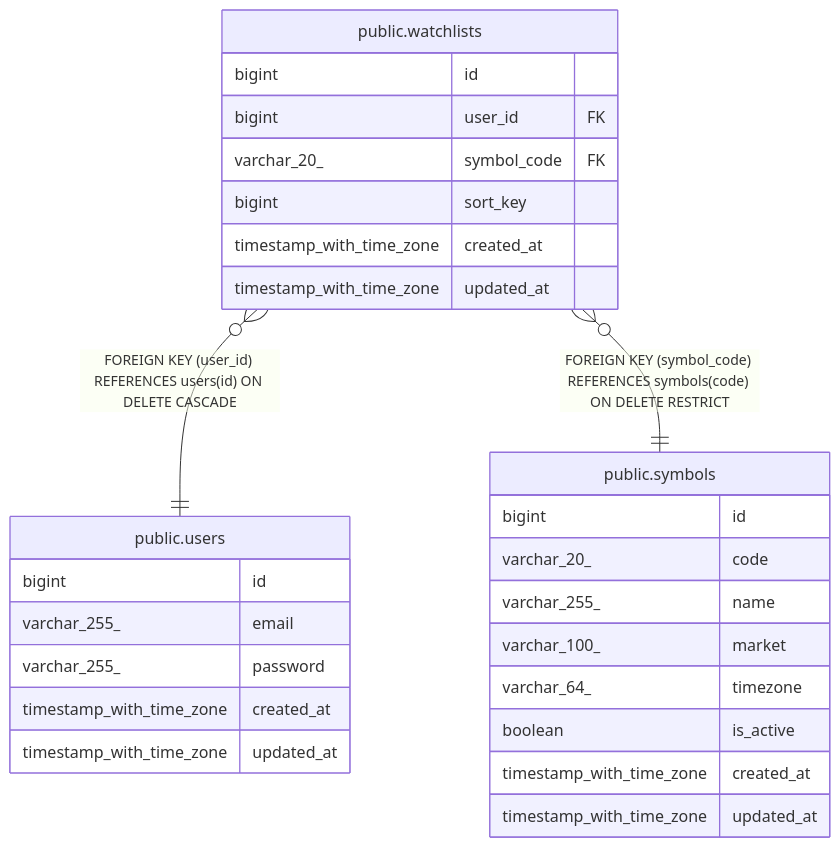
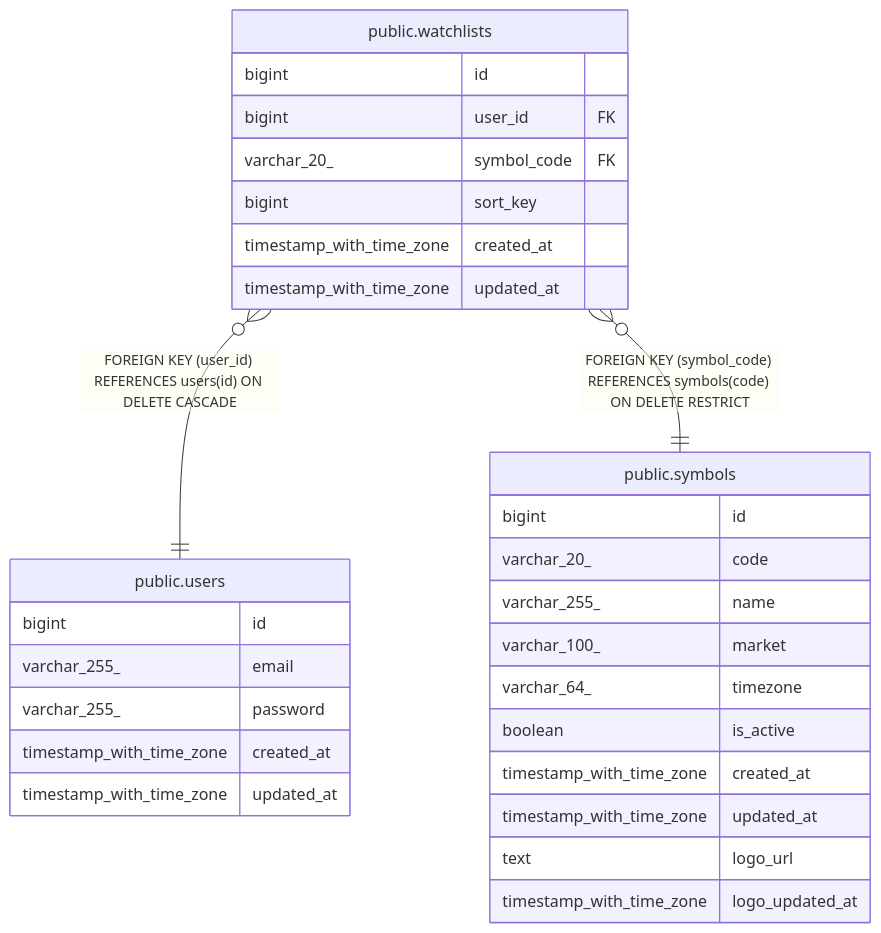
One commit to UCHIDAnobuhiro/stock_backend changed the diagram in docs/schema/public.watchlists.md. Above: the diagram before and after it, drawn with Mermaid. The commit also changed 5 other files, not shown here.

Commit message:
docs: logo_url/logo_updated_at追加に伴うスキーマドキュメントとREADMEを更新

````diff
--- a/docs/schema/public.watchlists.md
+++ b/docs/schema/public.watchlists.md
@@ -33,32 +33,34 @@
 ```mermaid
 erDiagram
 
 "public.watchlists" }o--|| "public.users" : "FOREIGN KEY (user_id) REFERENCES users(id) ON DELETE CASCADE"
 "public.watchlists" }o--|| "public.symbols" : "FOREIGN KEY (symbol_code) REFERENCES symbols(code) ON DELETE RESTRICT"
 
 "public.watchlists" {
   bigint id ""
   bigint user_id FK ""
   varchar_20_ symbol_code FK ""
   bigint sort_key ""
   timestamp_with_time_zone created_at ""
   timestamp_with_time_zone updated_at ""
 }
 "public.users" {
   bigint id ""
   varchar_255_ email ""
   varchar_255_ password ""
   timestamp_with_time_zone created_at ""
   timestamp_with_time_zone updated_at ""
 }
 "public.symbols" {
   bigint id ""
   varchar_20_ code ""
   varchar_255_ name ""
   varchar_100_ market ""
   varchar_64_ timezone ""
   boolean is_active ""
   timestamp_with_time_zone created_at ""
   timestamp_with_time_zone updated_at ""
+  text logo_url ""
+  timestamp_with_time_zone logo_updated_at ""
 }
 ```
````
